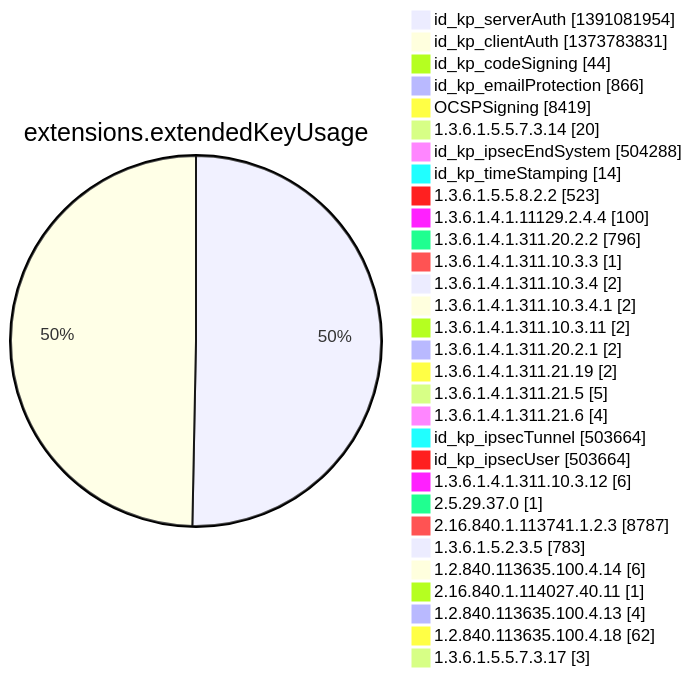
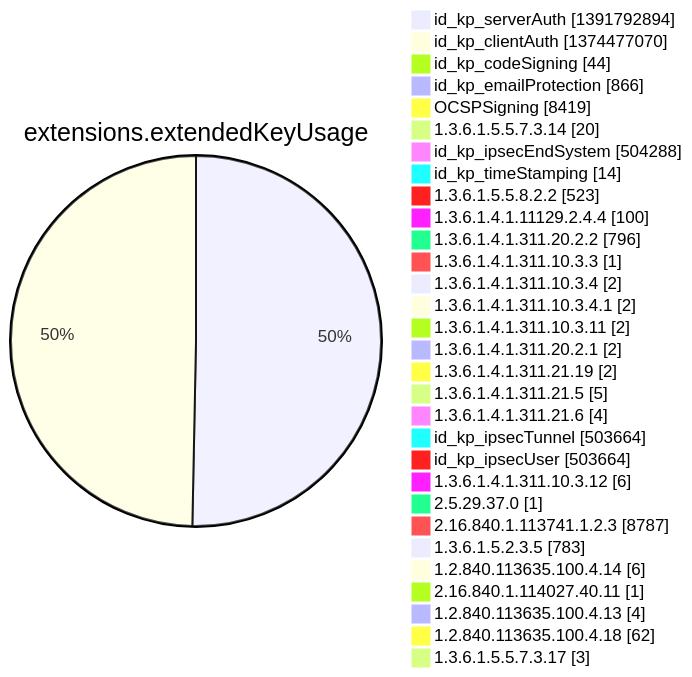
Before and after one commit to christiankrug/ctmonitor_visualization: diagram 12 of 15 in argon2022/README.md, drawn with Mermaid. The commit also changed other lines of this file, not shown here.

````diff
--- a/argon2022/README.md
+++ b/argon2022/README.md
@@ -3554,34 +3554,34 @@
 ```mermaid
 pie showData
 title extensions.extendedKeyUsage
-"id_kp_serverAuth" :1391081954
-"id_kp_clientAuth" :1373783831
+"id_kp_serverAuth" :1391792894
+"id_kp_clientAuth" :1374477070
 "id_kp_codeSigning" :44
 "id_kp_emailProtection" :866
 "OCSPSigning" :8419
 "1.3.6.1.5.5.7.3.14" :20
 "id_kp_ipsecEndSystem" :504288
 "id_kp_timeStamping" :14
 "1.3.6.1.5.5.8.2.2" :523
 "1.3.6.1.4.1.11129.2.4.4" :100
 "1.3.6.1.4.1.311.20.2.2" :796
 "1.3.6.1.4.1.311.10.3.3" :1
 "1.3.6.1.4.1.311.10.3.4" :2
 "1.3.6.1.4.1.311.10.3.4.1" :2
 "1.3.6.1.4.1.311.10.3.11" :2
 "1.3.6.1.4.1.311.20.2.1" :2
 "1.3.6.1.4.1.311.21.19" :2
 "1.3.6.1.4.1.311.21.5" :5
 "1.3.6.1.4.1.311.21.6" :4
 "id_kp_ipsecTunnel" :503664
 "id_kp_ipsecUser" :503664
 "1.3.6.1.4.1.311.10.3.12" :6
 "2.5.29.37.0" :1
 "2.16.840.1.113741.1.2.3" :8787
 "1.3.6.1.5.2.3.5" :783
 "1.2.840.113635.100.4.14" :6
 "2.16.840.1.114027.40.11" :1
 "1.2.840.113635.100.4.13" :4
 "1.2.840.113635.100.4.18" :62
 "1.3.6.1.5.5.7.3.17" :3
 ```
````
